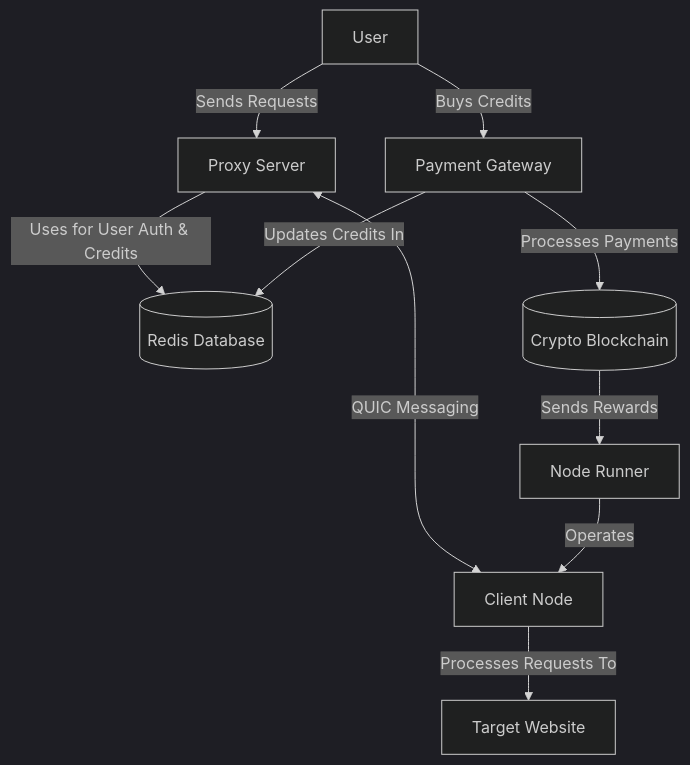
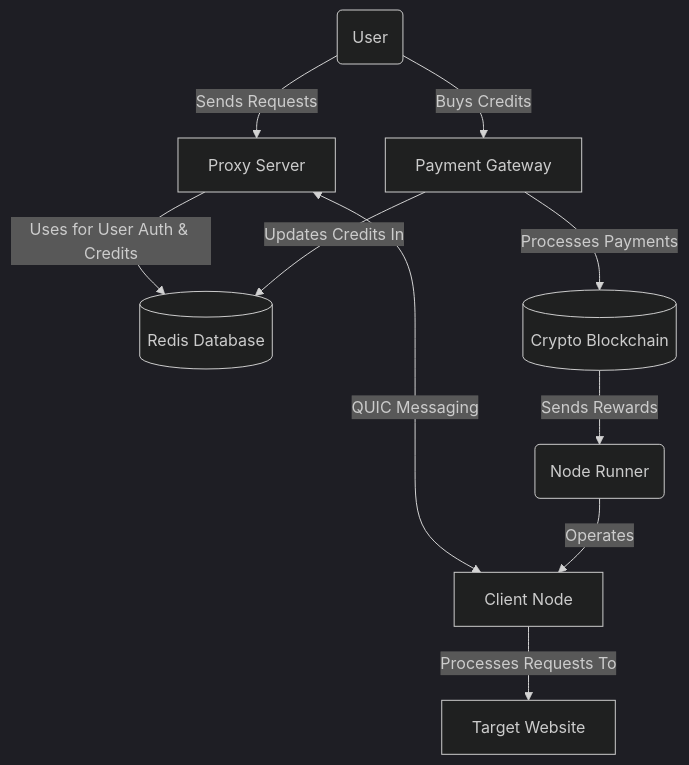
The first of 2 diagrams in README.md (L1shed/Turbo), drawn with Mermaid (dark theme) before and after one commit. The commit also changed other lines of this file and 2 other files, not shown here.

Commit message:
CI/CD: update cross-platform client building

````diff
--- a/README.md
+++ b/README.md
@@ -20,25 +20,25 @@
 ```mermaid
 flowchart TD
-    User[User]
+    User(User)
     ProxyServer[Proxy Server]
     Redis[(Redis Database)]
     ClientNode[Client Node]
-    NodeRunner[Node Runner]
+    NodeRunner(Node Runner)
     PaymentGateway[Payment Gateway]
     BitcoinNetwork[(Crypto Blockchain)]
     TargetWebsite[Target Website]
 
     User --> |Sends Requests| ProxyServer
     User --> |Buys Credits| PaymentGateway
 
     ProxyServer --> |Uses for User Auth & Credits| Redis
     ProxyServer <--> |QUIC Messaging| ClientNode
 
     ClientNode --> |Processes Requests To| TargetWebsite
     NodeRunner --> |Operates| ClientNode
 
     PaymentGateway --> |Processes Payments| BitcoinNetwork
     PaymentGateway --> |Updates Credits In| Redis
 
     BitcoinNetwork --> |Sends Rewards| NodeRunner
 ```
````
